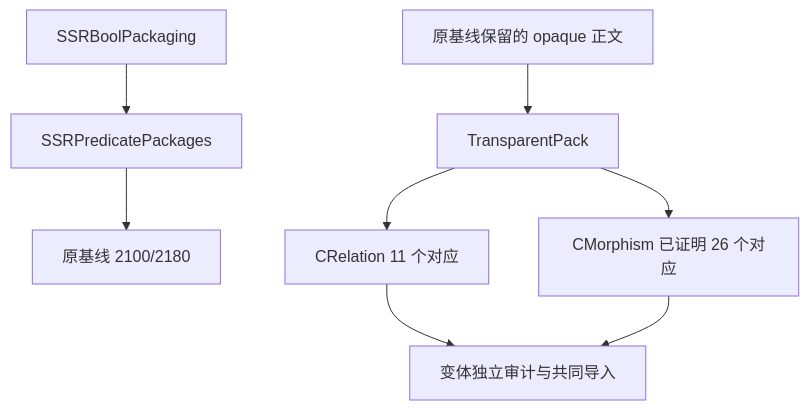
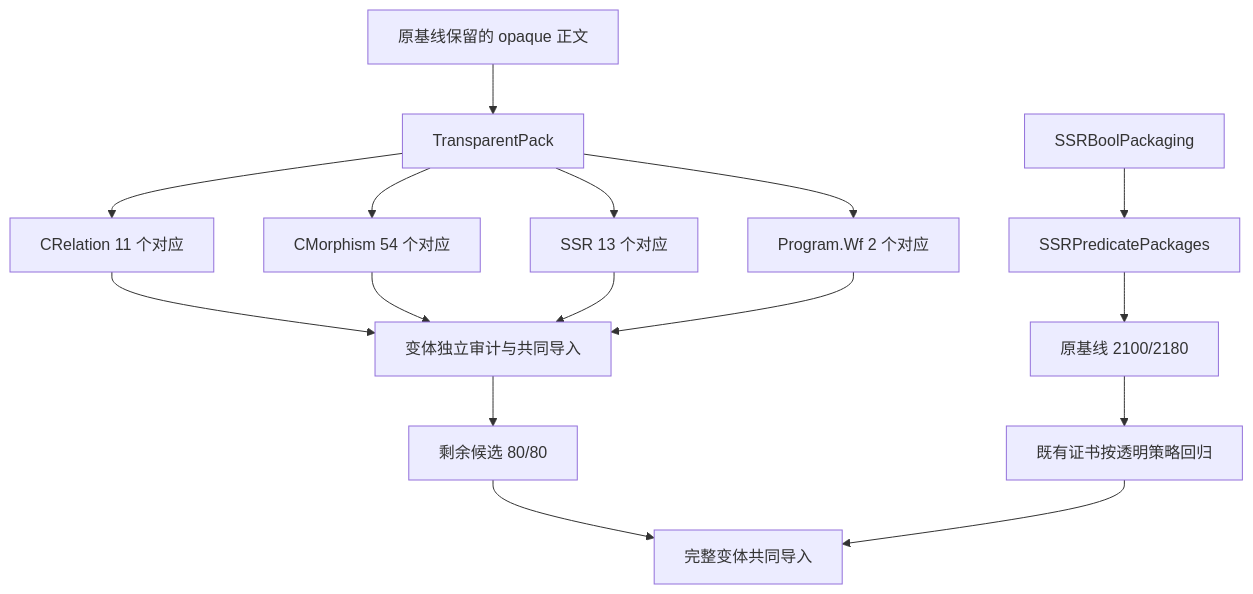
Before and after one commit to jackooo-dddd/rocq-core: diagram 26 of 26 in experiments/incremental-correspondence-20261019/DAG.md, drawn with Mermaid. The commit also changed 28 other files, not shown here.

```diff
--- a/experiments/incremental-correspondence-20261019/DAG.md
+++ b/experiments/incremental-correspondence-20261019/DAG.md
@@ -675,10 +675,18 @@
 ~~~mermaid
 flowchart TD
  SSRBoolPackaging --> SSRPredicatePackages
  SSRPredicatePackages --> Frozen2100[原基线 2100/2180]
  Retained[原基线保留的 opaque 正文] --> TransparentPack
  TransparentPack --> CRelationVariant[CRelation 11 个对应]
- TransparentPack --> CMorphismVariant[CMorphism 已证明 26 个对应]
+ TransparentPack --> CMorphismVariant[CMorphism 54 个对应]
  CRelationVariant --> VariantAudit[变体独立审计与共同导入]
  CMorphismVariant --> VariantAudit
+ TransparentPack --> SSRVariant[SSR 13 个对应]
+ TransparentPack --> ProgramWfVariant[Program.Wf 2 个对应]
+ SSRVariant --> VariantAudit
+ ProgramWfVariant --> VariantAudit
+ VariantAudit --> Variant80[剩余候选 80/80]
+ Frozen2100 --> Recheck[既有证书按透明策略回归]
+ Variant80 --> Combined[完整变体共同导入]
+ Recheck --> Combined
 ~~~
```
